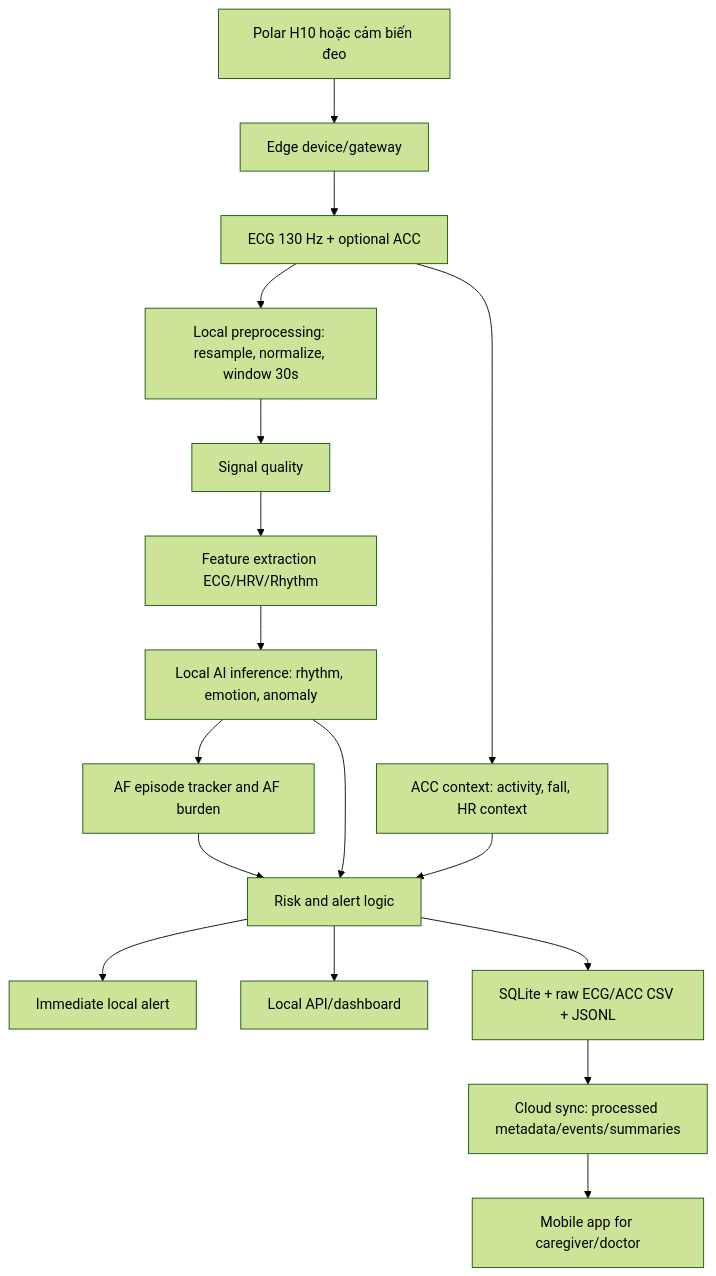
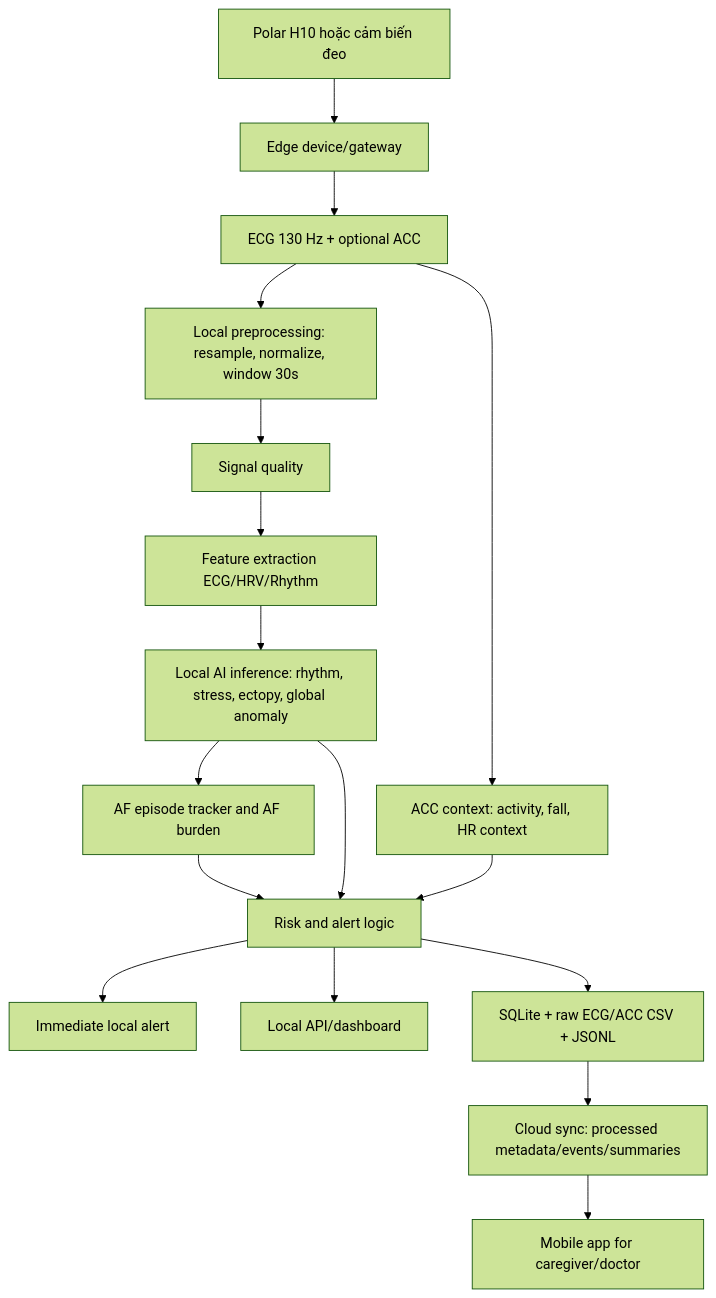
One commit to ducchinhsero/ElderlyCareModel changed the diagram in docs/bao-cao-tong-hop.md. Above: the diagram before and after it, drawn with Mermaid (forest theme). The commit also changed other lines of this file and 16 other files, not shown here.

````diff
--- a/docs/bao-cao-tong-hop.md
+++ b/docs/bao-cao-tong-hop.md
@@ -46,19 +53,19 @@
 ```mermaid
 flowchart TD
     A["Polar H10 hoặc cảm biến đeo"] --> B["Edge device/gateway"]
     B --> C["ECG 130 Hz + optional ACC"]
     C --> D["Local preprocessing: resample, normalize, window 30s"]
     D --> E["Signal quality"]
     E --> F["Feature extraction ECG/HRV/Rhythm"]
-    F --> G["Local AI inference: rhythm, emotion, anomaly"]
+    F --> G["Local AI inference: rhythm, stress, ectopy, global anomaly"]
     C --> H["ACC context: activity, fall, HR context"]
     G --> I["AF episode tracker and AF burden"]
     G --> J["Risk and alert logic"]
     H --> J
     I --> J
     J --> K["Immediate local alert"]
     J --> L["Local API/dashboard"]
     J --> M["SQLite + raw ECG/ACC CSV + JSONL"]
     M --> N["Cloud sync: processed metadata/events/summaries"]
     N --> O["Mobile app for caregiver/doctor"]
 ```
````
